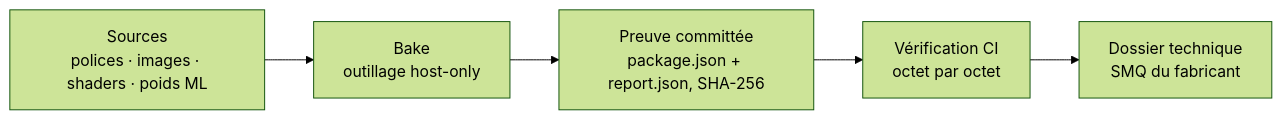
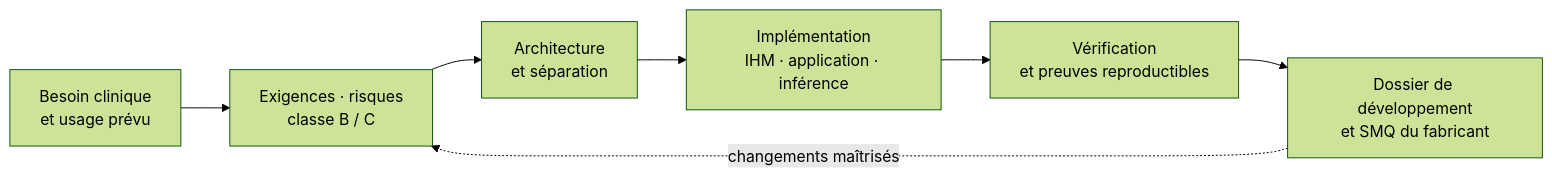
Before and after one commit to ambroise-leclerc/TrustSC: the first of 2 diagrams in README.md, drawn with Mermaid (forest theme). The commit also changed other lines of this file and 1 other file, not shown here.

````diff
--- a/README.md
+++ b/README.md
@@ -32,7 +33,9 @@
 ```mermaid
-graph LR
-    A["Sources<br/>polices · images · shaders · poids ML"] --> B["Bake<br/>outillage host-only"]
-    B --> C["Preuve committée<br/>package.json + report.json, SHA-256"]
-    C --> D["Vérification CI<br/>octet par octet"]
-    D --> E["Dossier technique<br/>SMQ du fabricant"]
+flowchart LR
+    A["Besoin clinique<br/>et usage prévu"] --> B["Exigences · risques<br/>classe B / C"]
+    B --> C["Architecture<br/>et séparation"]
+    C --> D["Implémentation<br/>IHM · application · inférence"]
+    D --> E["Vérification<br/>et preuves reproductibles"]
+    E --> F["Dossier de développement<br/>et SMQ du fabricant"]
+    F -. "changements maîtrisés" .-> B
 ```
````
